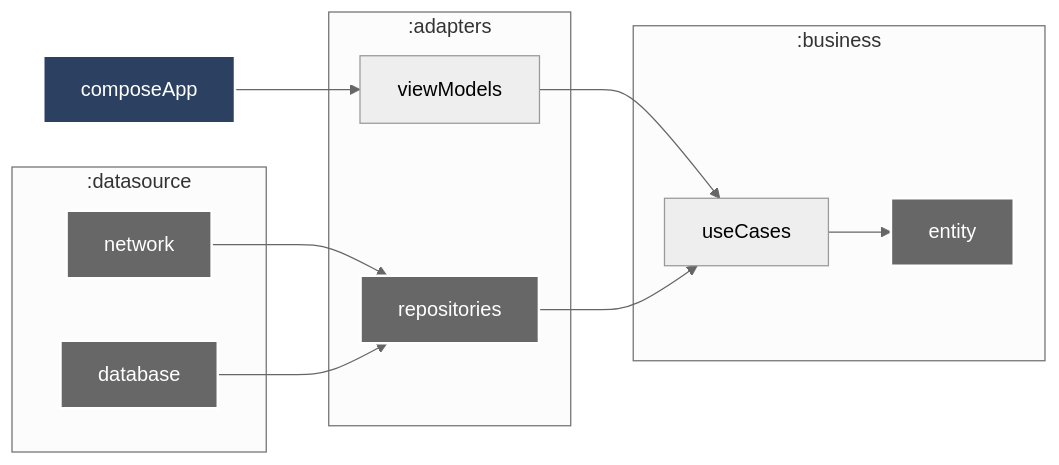
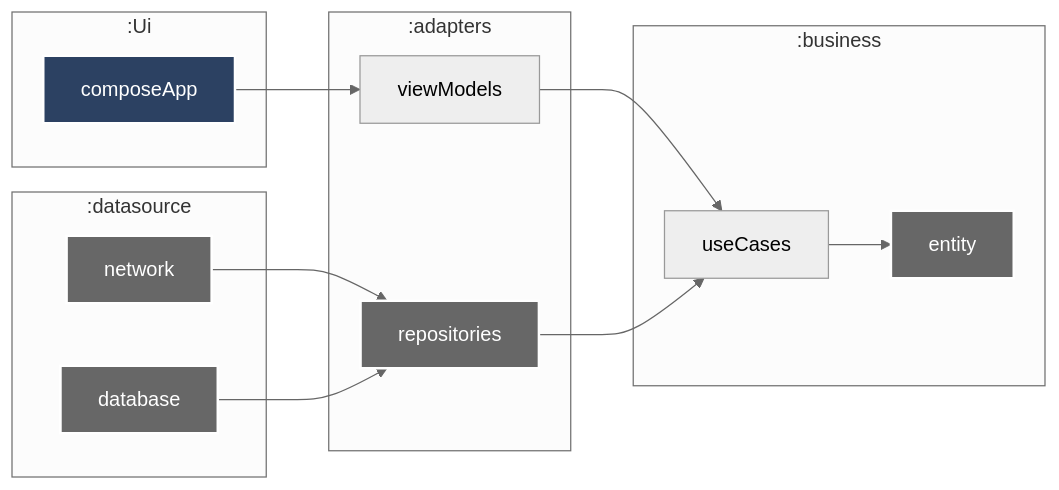
One commit to enirsilvaferraz/Pokedex changed the diagram in MERMAID.md. Above: the diagram before and after it, drawn with Mermaid.

Commit message:
Refactor: Update Mermaid diagram architecture
This commit updates the Mermaid diagram in `MERMAID.md` to reflect a change in the application's architecture.

Specifically, the `:composeApp` module now interacts with `:adapters:viewModels` instead of `:business:viewModels`. Consequently, `:adapters:viewModels` now interacts with `:business:useCases`.

````diff
--- a/MERMAID.md
+++ b/MERMAID.md
@@ -3,52 +3,54 @@
 ```mermaid
 %%{
   init: {
     'theme': 'neutral'
   }
 }%%
 
 graph LR
-    
-  :composeApp["composeApp"]
+
+  subgraph :Ui
+    :composeApp["composeApp"] 
+  end
   
   subgraph :business
     :business:entity["entity"]
     :business:useCases["useCases"]
   end
   
   subgraph :adapters
     :adapters:repositories["repositories"]
     :adapters:viewModels["viewModels"]
   end
   
   subgraph :datasource
     :datasource:network["network"]
     :datasource:database["database"]
   end
 
   :composeApp --> :adapters:viewModels
   :adapters:viewModels --> :business:useCases
   :business:useCases --> :business:entity
 %%  :composeApp --> :business:entity
 %%  :composeApp --> :adapters:repositories
 %%  :composeApp --> :datasource:network
 %%  :composeApp --> :datasource:database
 
 %%   :adapters:repositories --> :business:entity
    :adapters:repositories --> :business:useCases
   
 %%  :datasource:network --> :business:entity
   :datasource:network --> :adapters:repositories
   
 %%  :datasource:database --> :business:entity
   :datasource:database --> :adapters:repositories
 
 classDef android-application fill:#2C4162,stroke:#fff,stroke-width:2px,color:#fff;
 classDef unknown fill:#676767,stroke:#fff,stroke-width:2px,color:#fff;
 class :composeApp android-application
 class :business:entity unknown
 class :adapters:repositories unknown
 class :datasource:network unknown
 class :datasource:database unknown
 
 ```
````
